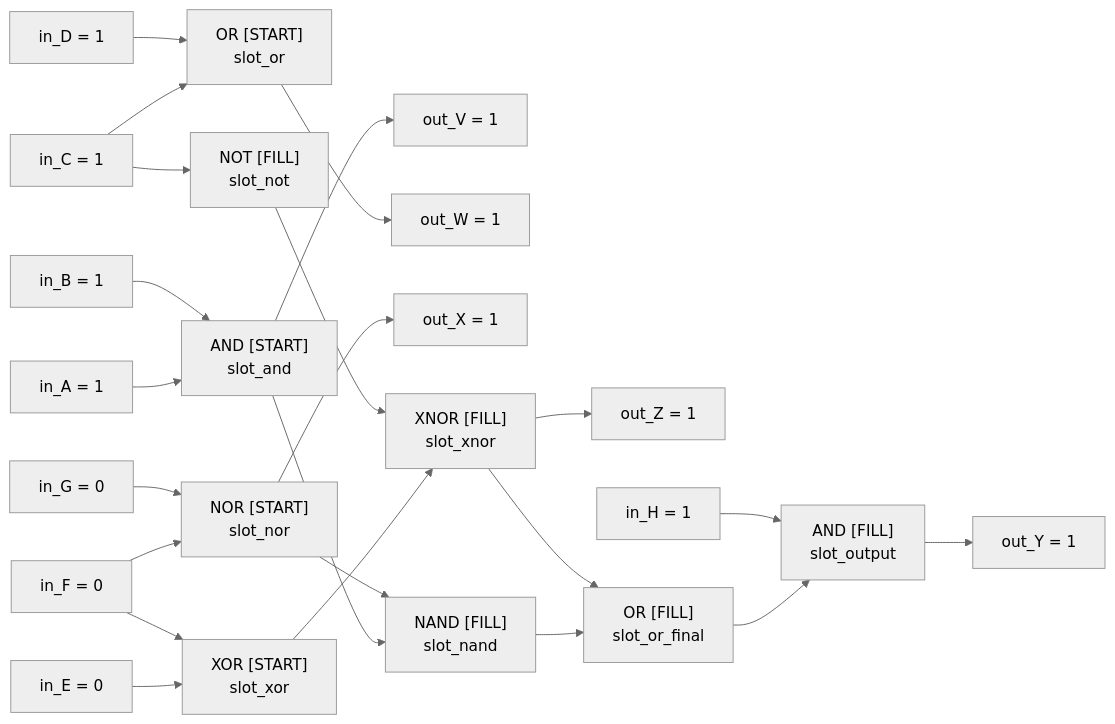
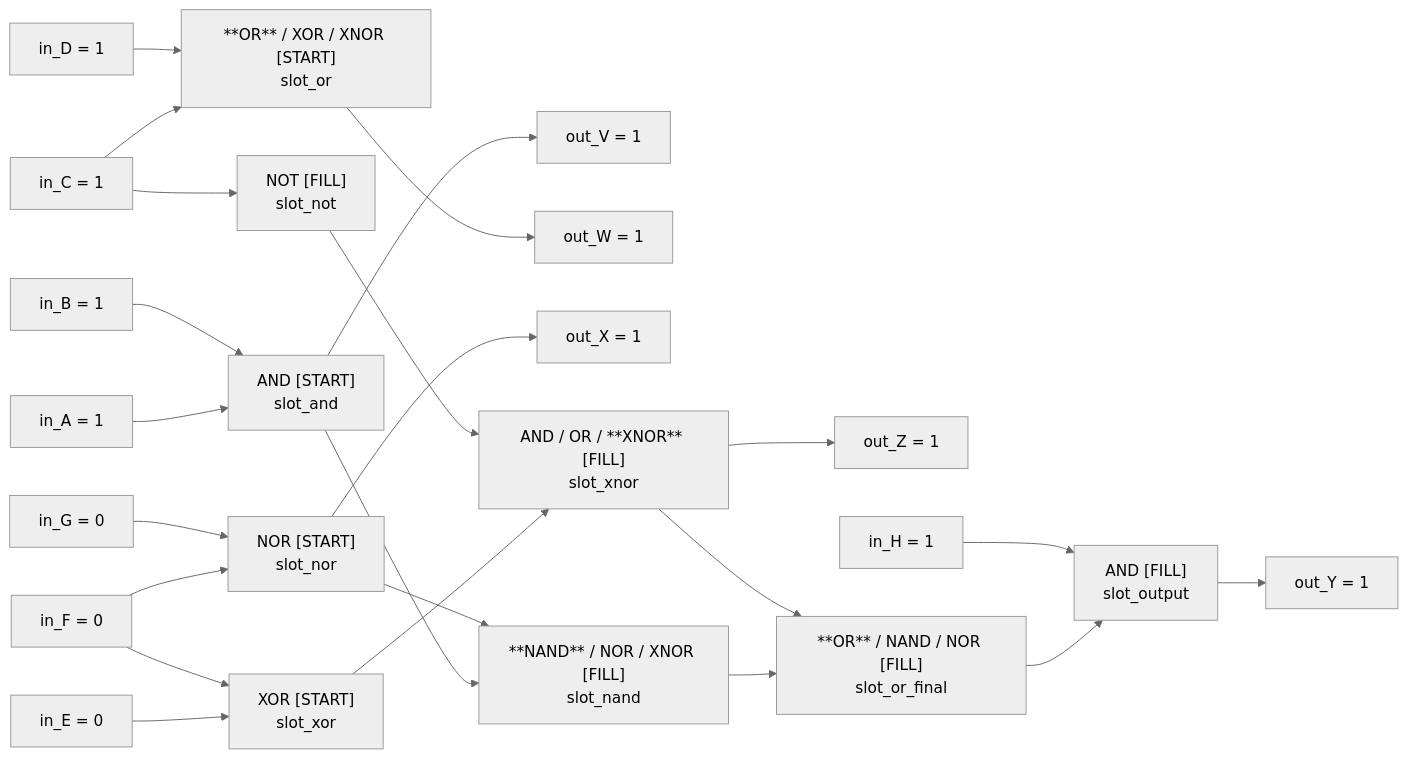
One commit to zardab/cse110-team25 changed the fifth of 10 diagrams in docs/level-diagrams.md. Above: the diagram before and after it, drawn with Mermaid (neutral theme). The commit also changed other lines of this file and 12 other files, not shown here.

````diff
--- a/docs/level-diagrams.md
+++ b/docs/level-diagrams.md
@@ -91,25 +95,25 @@
 ```mermaid
 flowchart LR
   inA["in_A = 1"] --> andInput["AND [START]\nslot_and"]
   inB["in_B = 1"] --> andInput
   andInput --> andOut["out_V = 1"]
-  inC["in_C = 1"] --> orInput["OR [START]\nslot_or"]
+  inC["in_C = 1"] --> orInput["**OR** / XOR / XNOR [START]\nslot_or"]
   inD["in_D = 1"] --> orInput
   orInput --> orOut["out_W = 1"]
   inE["in_E = 0"] --> xor["XOR [START]\nslot_xor"]
   inF["in_F = 0"] --> xor
   inF --> nor["NOR [START]\nslot_nor"]
   inG["in_G = 0"] --> nor
   nor --> norOut["out_X = 1"]
-  andInput --> nand["NAND [FILL]\nslot_nand"]
+  andInput --> nand["**NAND** / NOR / XNOR [FILL]\nslot_nand"]
   nor --> nand
   inC --> not["NOT [FILL]\nslot_not"]
-  xor --> xnor["XNOR [FILL]\nslot_xnor"]
+  xor --> xnor["AND / OR / **XNOR** [FILL]\nslot_xnor"]
   not --> xnor
   xnor --> xnorOut["out_Z = 1"]
-  nand --> finalOr["OR [FILL]\nslot_or_final"]
+  nand --> finalOr["**OR** / NAND / NOR [FILL]\nslot_or_final"]
   xnor --> finalOr
   finalOr --> output["AND [FILL]\nslot_output"]
   inH["in_H = 1"] --> output
   output --> out["out_Y = 1"]
 ```
````
